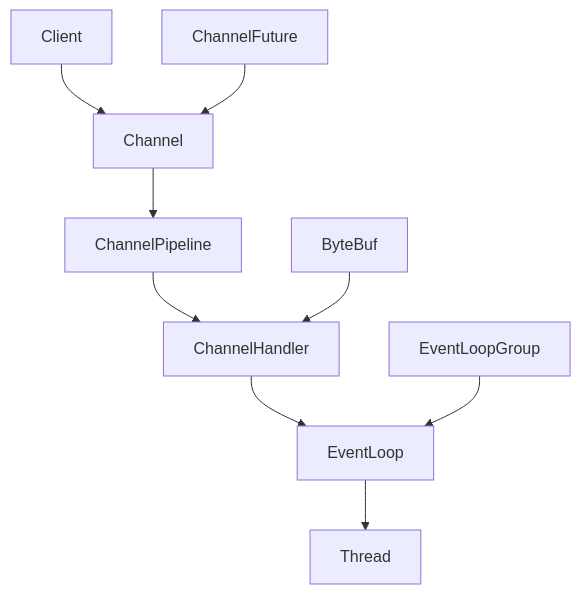
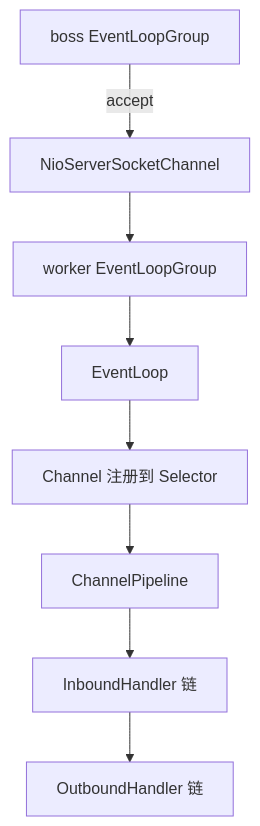
Before and after one commit to lixu33/blog: the diagram in docs/backend/netty.md, drawn with Mermaid. The commit also changed other lines of this file and 21 other files, not shown here.

````diff
--- a/docs/backend/netty.md
+++ b/docs/backend/netty.md
@@ -40,11 +41,10 @@
 ```mermaid
 graph TD
-    A[Client] --> B[Channel]
-    B --> C[ChannelPipeline]
-    C --> D[ChannelHandler]
-    D --> E[EventLoop]
-    E --> F[Thread]
-    G[EventLoopGroup] --> E
-    H[ByteBuf] --> D
-    I[ChannelFuture] --> B
+    A[boss EventLoopGroup] -->|accept| B[NioServerSocketChannel]
+    B --> C[worker EventLoopGroup]
+    C --> D[EventLoop]
+    D --> E[Channel 注册到 Selector]
+    E --> F[ChannelPipeline]
+    F --> G[InboundHandler 链]
+    G --> H[OutboundHandler 链]
 ```
````
